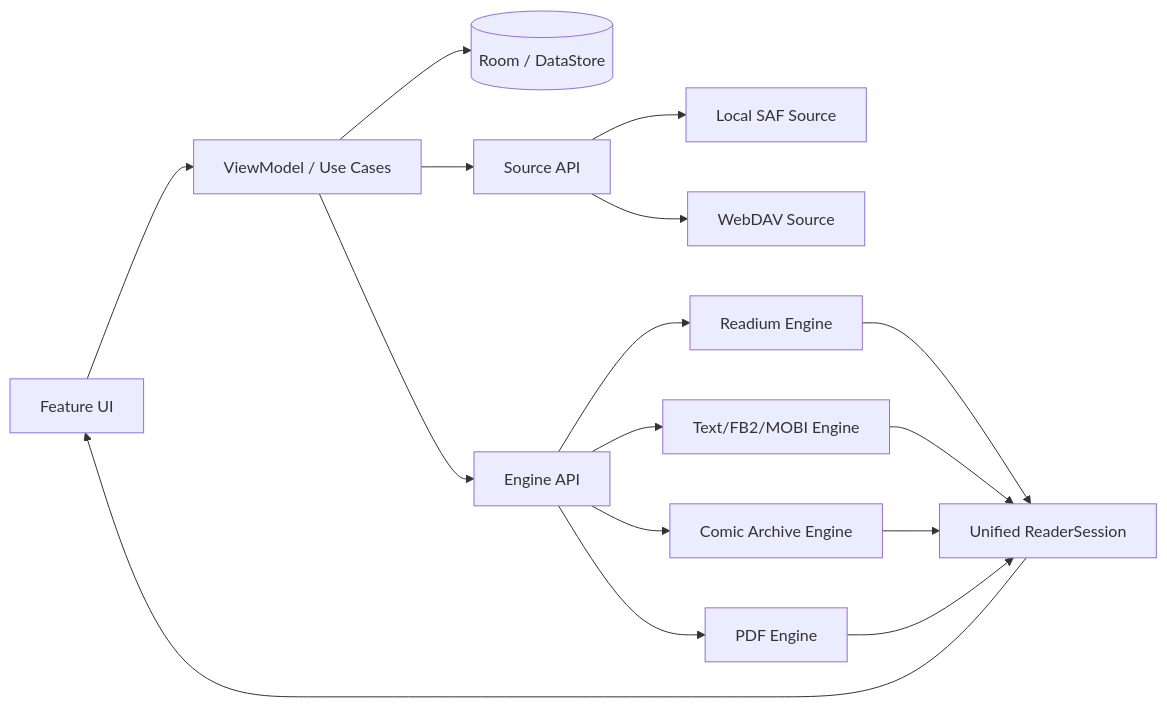
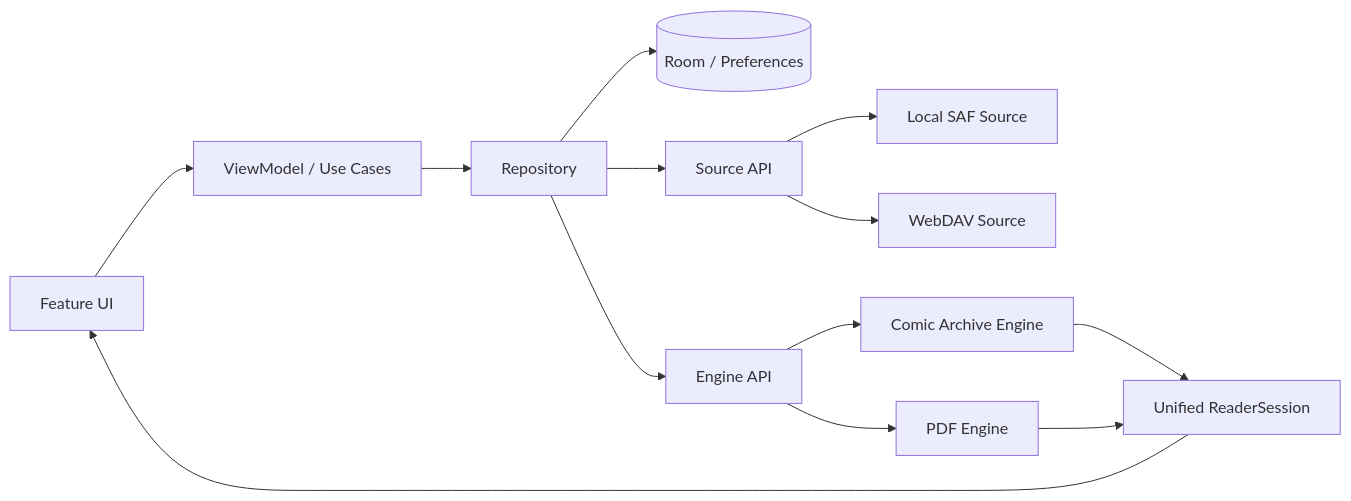
Before and after one commit to lllll081926i/AsterReader: the diagram in diagrams/architecture.mmd, drawn with Mermaid. The commit also changed 46 other files, not shown here.

```diff
--- a/diagrams/architecture.mmd
+++ b/diagrams/architecture.mmd
@@ -1,16 +1,13 @@
 flowchart LR
   UI[Feature UI] --> VM[ViewModel / Use Cases]
-  VM --> DB[(Room / DataStore)]
-  VM --> SA[Source API]
-  VM --> EA[Engine API]
+  VM --> RP[Repository]
+  RP --> DB[(Room / Preferences)]
+  RP --> SA[Source API]
+  RP --> EA[Engine API]
   SA --> LS[Local SAF Source]
   SA --> WD[WebDAV Source]
-  EA --> RE[Readium Engine]
-  EA --> TE[Text/FB2/MOBI Engine]
   EA --> CE[Comic Archive Engine]
   EA --> PE[PDF Engine]
-  RE --> RS[Unified ReaderSession]
-  TE --> RS
-  CE --> RS
+  CE --> RS[Unified ReaderSession]
   PE --> RS
   RS --> UI
```
